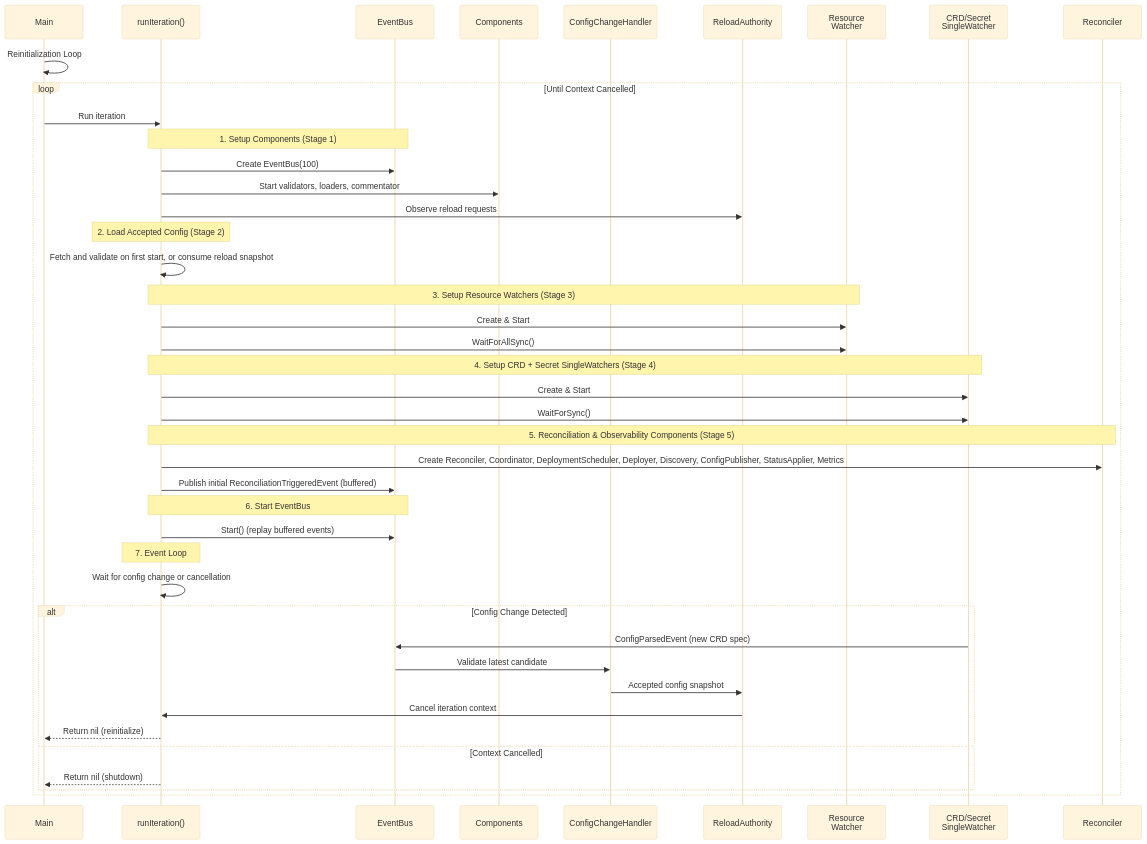
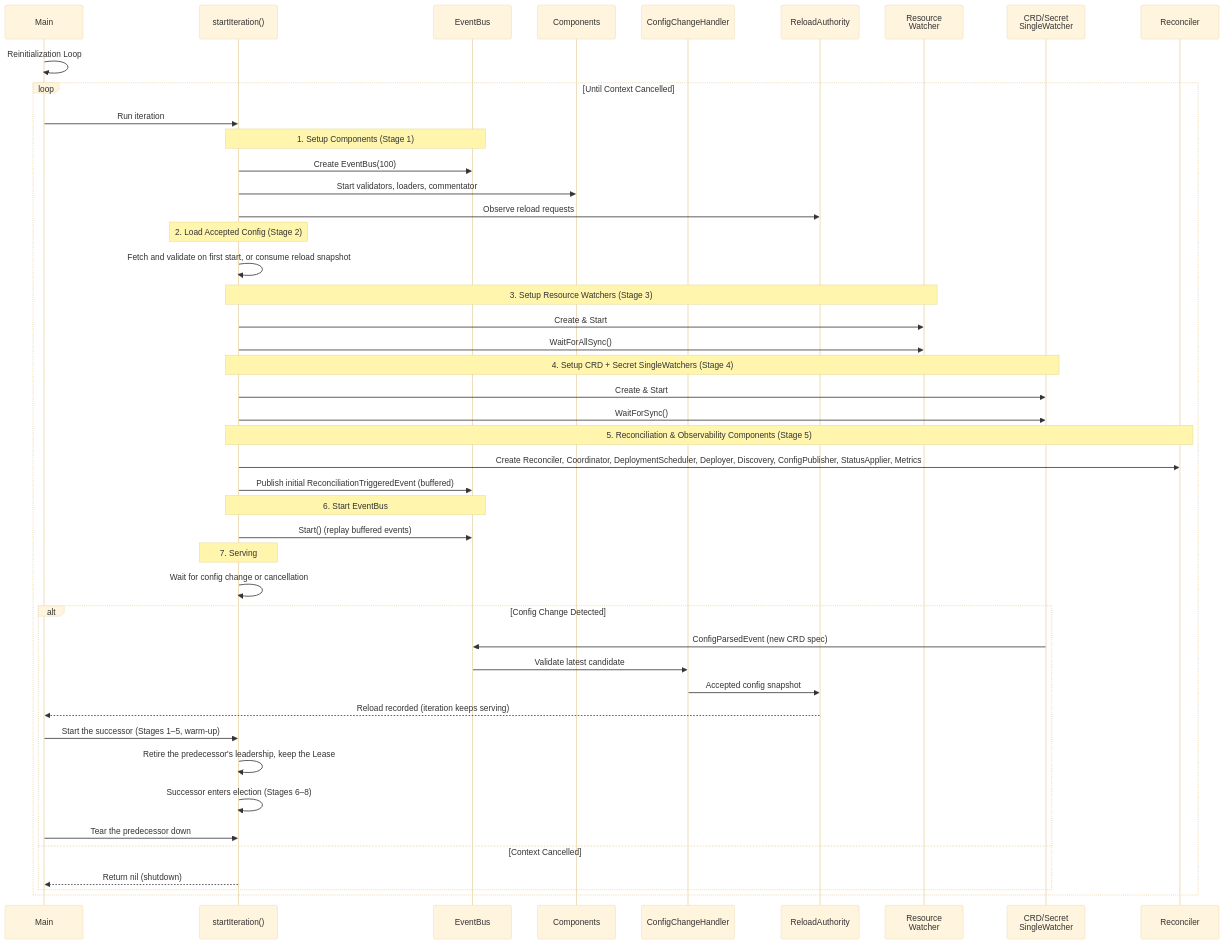
One commit to HAProxy-Template-IC/haproxy-template-ingress-controller changed the first of 4 diagrams in docs/site/docs/development/design/sequence-diagrams.md. Above: the diagram before and after it, drawn with Mermaid (base theme). The commit also changed other lines of this file and 24 other files, not shown here.

Commit message:
Hand leadership from one iteration to the next without a vacancy

````diff
--- a/docs/site/docs/development/design/sequence-diagrams.md
+++ b/docs/site/docs/development/design/sequence-diagrams.md
@@ -7,54 +7,57 @@
 ```mermaid
 sequenceDiagram
     participant Main
-    participant Iteration as runIteration()
+    participant Iteration as startIteration()
     participant EventBus
     participant Components
     participant ConfigChangeHandler
     participant ReloadAuthority
     participant ResourceWatcher as Resource<br/>Watcher
     participant CRDSingleWatcher as CRD/Secret<br/>SingleWatcher
     participant Reconciler
 
     Main->>Main: Reinitialization Loop
 
     loop Until Context Cancelled
         Main->>Iteration: Run iteration
 
         Note over Iteration,EventBus: 1. Setup Components (Stage 1)
         Iteration->>EventBus: Create EventBus(100)
         Iteration->>Components: Start validators, loaders, commentator
         Iteration->>ReloadAuthority: Observe reload requests
 
         Note over Iteration: 2. Load Accepted Config (Stage 2)
         Iteration->>Iteration: Fetch and validate on first start, or consume reload snapshot
 
         Note over Iteration,ResourceWatcher: 3. Setup Resource Watchers (Stage 3)
         Iteration->>ResourceWatcher: Create & Start
         Iteration->>ResourceWatcher: WaitForAllSync()
 
         Note over Iteration,CRDSingleWatcher: 4. Setup CRD + Secret SingleWatchers (Stage 4)
         Iteration->>CRDSingleWatcher: Create & Start
         Iteration->>CRDSingleWatcher: WaitForSync()
 
         Note over Iteration,Reconciler: 5. Reconciliation & Observability Components (Stage 5)
         Iteration->>Reconciler: Create Reconciler, Coordinator, DeploymentScheduler, Deployer, Discovery, ConfigPublisher, StatusApplier, Metrics
         Iteration->>EventBus: Publish initial ReconciliationTriggeredEvent (buffered)
 
         Note over Iteration,EventBus: 6. Start EventBus
         Iteration->>EventBus: Start() (replay buffered events)
 
-        Note over Iteration: 7. Event Loop
+        Note over Iteration: 7. Serving
         Iteration->>Iteration: Wait for config change or cancellation
 
         alt Config Change Detected
             CRDSingleWatcher->>EventBus: ConfigParsedEvent (new CRD spec)
             EventBus->>ConfigChangeHandler: Validate latest candidate
             ConfigChangeHandler->>ReloadAuthority: Accepted config snapshot
-            ReloadAuthority->>Iteration: Cancel iteration context
-            Iteration-->>Main: Return nil (reinitialize)
+            ReloadAuthority-->>Main: Reload recorded (iteration keeps serving)
+            Main->>Iteration: Start the successor (Stages 1–5, warm-up)
+            Iteration->>Iteration: Retire the predecessor's leadership, keep the Lease
+            Iteration->>Iteration: Successor enters election (Stages 6–8)
+            Main->>Iteration: Tear the predecessor down
         else Context Cancelled
             Iteration-->>Main: Return nil (shutdown)
         end
     end
 ```
````
